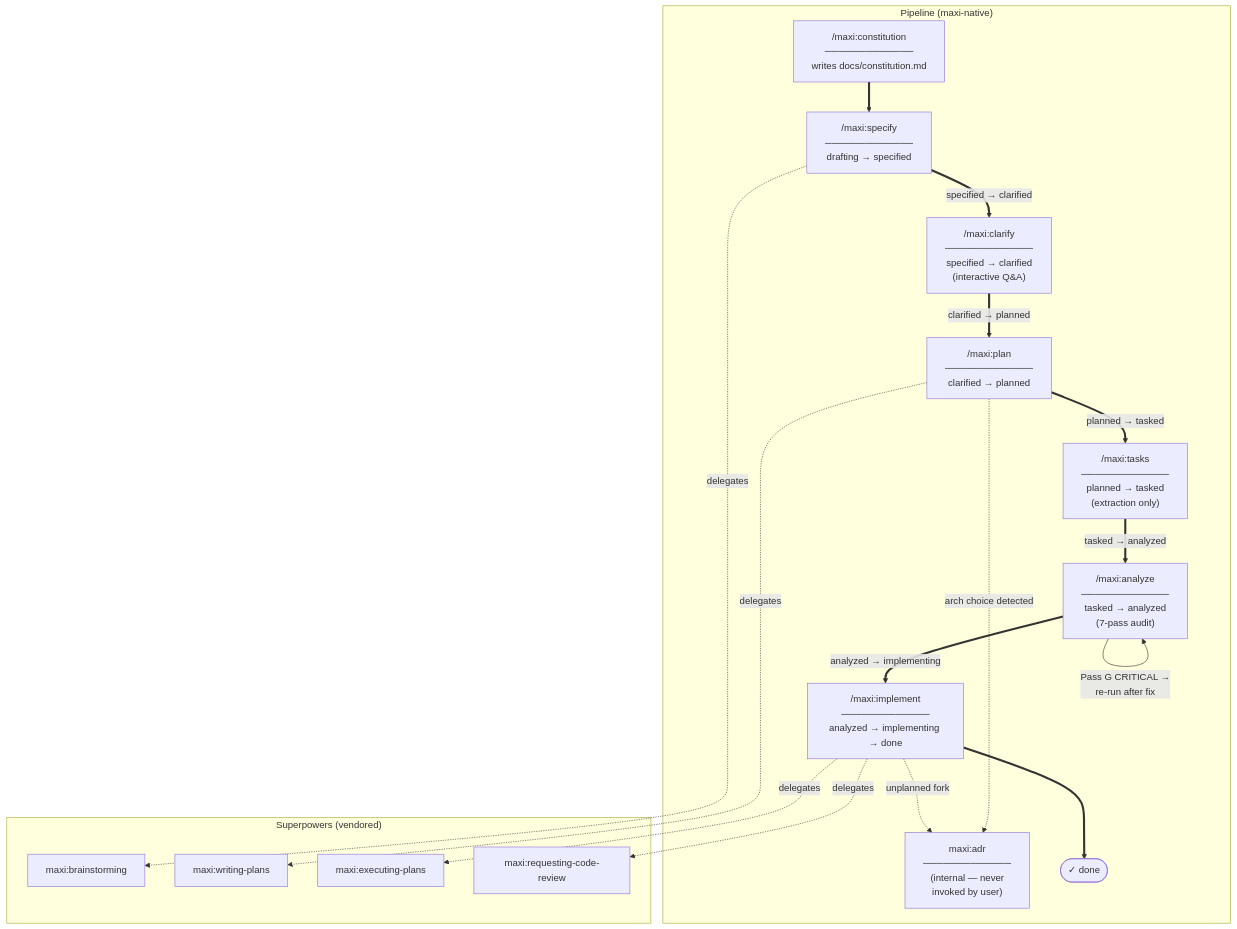
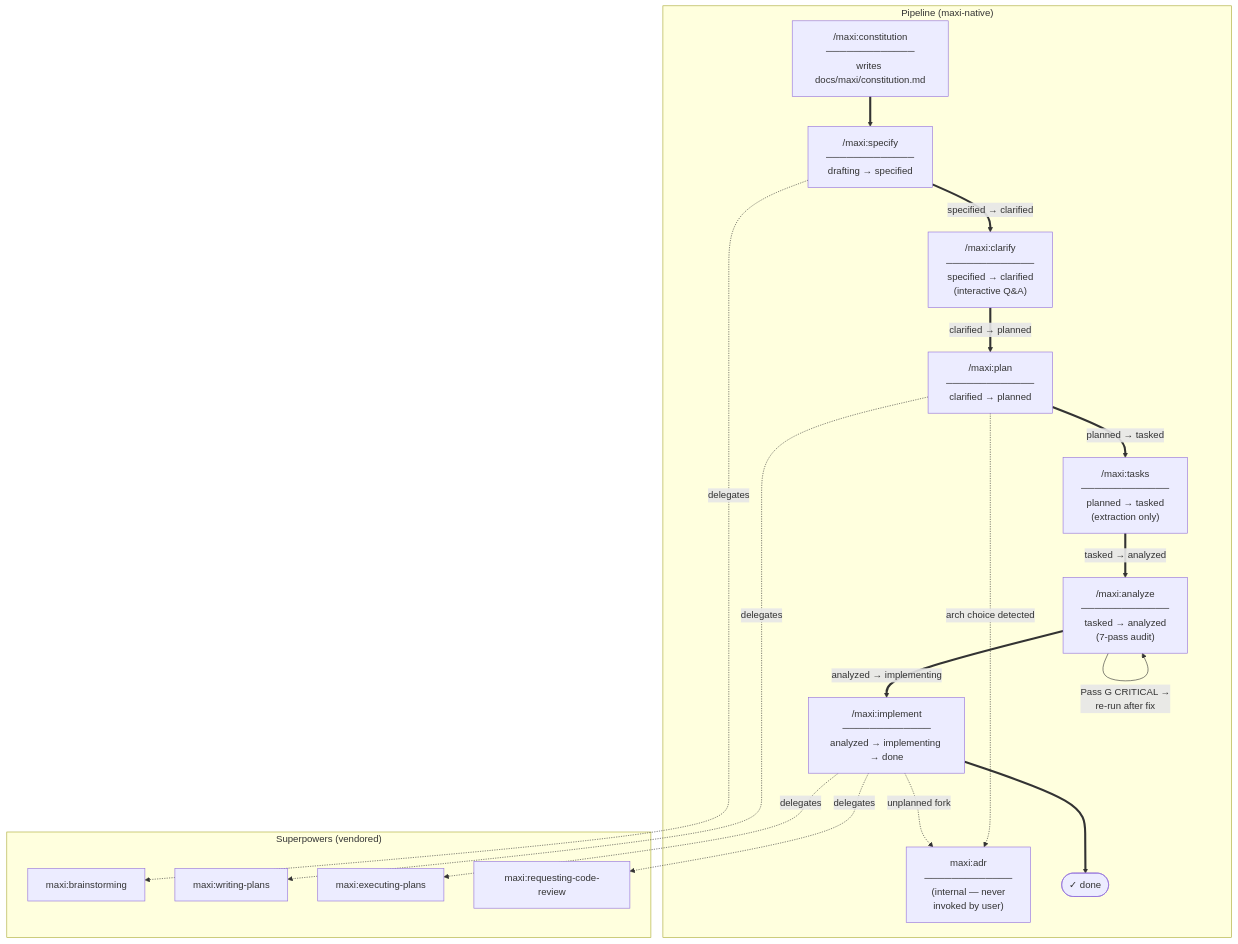
One commit to amoutiers/maxi-superpowers changed the diagram in docs/pipeline-flow.md. Above: the diagram before and after it, drawn with Mermaid. The commit also changed 20 other files, not shown here.

First line of the commit message:
feat(constitution): relocate to docs/maxi/constitution.md

````diff
--- a/docs/pipeline-flow.md
+++ b/docs/pipeline-flow.md
@@ -7,41 +7,41 @@
 ```mermaid
 flowchart TD
     subgraph pipeline["Pipeline (maxi-native)"]
-        CONSTITUTION["/maxi:constitution\n─────────────\nwrites docs/constitution.md"]
+        CONSTITUTION["/maxi:constitution\n─────────────\nwrites docs/maxi/constitution.md"]
         SPECIFY["/maxi:specify\n─────────────\ndrafting → specified"]
         CLARIFY["/maxi:clarify\n─────────────\nspecified → clarified\n(interactive Q&A)"]
         PLAN["/maxi:plan\n─────────────\nclarified → planned"]
         TASKS["/maxi:tasks\n─────────────\nplanned → tasked\n(extraction only)"]
         ANALYZE["/maxi:analyze\n─────────────\ntasked → analyzed\n(7-pass audit)"]
         IMPLEMENT["/maxi:implement\n─────────────\nanalyzed → implementing → done"]
         ADR["maxi:adr\n─────────────\n(internal — never\ninvoked by user)"]
         DONE(["✓ done"])
     end
 
     subgraph vendored["Superpowers (vendored)"]
         BRAINSTORMING["maxi:brainstorming"]
         WRITING_PLANS["maxi:writing-plans"]
         EXECUTING_PLANS["maxi:executing-plans"]
         CODE_REVIEW["maxi:requesting-code-review"]
     end
 
     %% Main pipeline transitions (thick arrows)
     CONSTITUTION ==> SPECIFY
     SPECIFY ==>|"specified → clarified"| CLARIFY
     CLARIFY ==>|"clarified → planned"| PLAN
     PLAN ==>|"planned → tasked"| TASKS
     TASKS ==>|"tasked → analyzed"| ANALYZE
     ANALYZE ==>|"analyzed → implementing"| IMPLEMENT
     IMPLEMENT ==> DONE
 
     %% Analyze re-run loop
     ANALYZE -->|"Pass G CRITICAL →\nre-run after fix"| ANALYZE
 
     %% Delegations to superpowers (dashed arrows)
     SPECIFY -.->|"delegates"| BRAINSTORMING
     PLAN -.->|"delegates"| WRITING_PLANS
     PLAN -.->|"arch choice detected"| ADR
     IMPLEMENT -.->|"delegates"| EXECUTING_PLANS
     IMPLEMENT -.->|"unplanned fork"| ADR
     IMPLEMENT -.->|"delegates"| CODE_REVIEW
 ```
````
